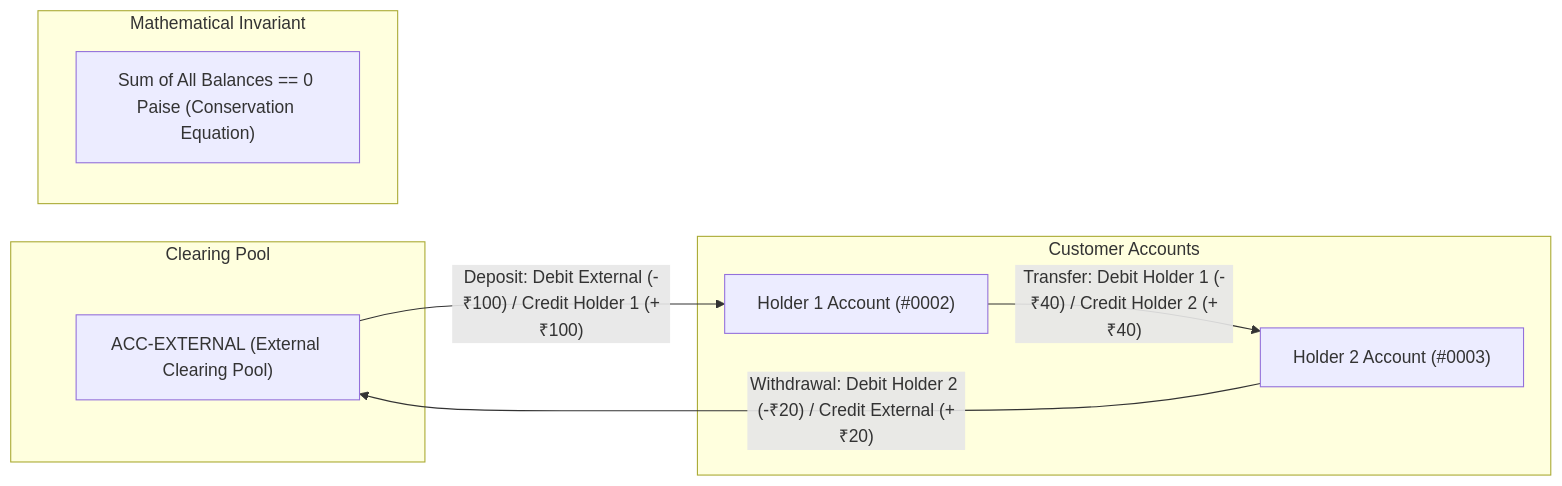
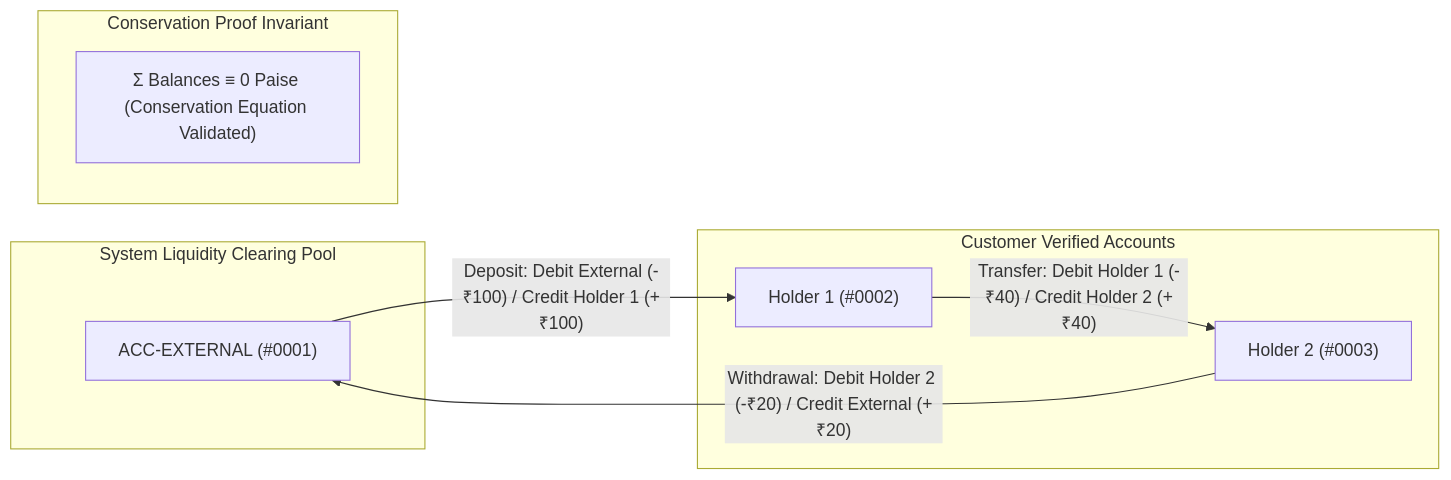
Before and after one commit to rupasribakka/LedgerLine: the third of 6 diagrams in README.md, drawn with Mermaid. The commit also changed other lines of this file, not shown here.

Commit message:
docs: update README with live deployments and visual architecture flows

````diff
--- a/README.md
+++ b/README.md
@@ -143,19 +154,19 @@
 ```mermaid
 flowchart LR
-    subgraph External["Clearing Pool"]
-        ExtPool["ACC-EXTERNAL (External Clearing Pool)"]
+    subgraph SystemPool["System Liquidity Clearing Pool"]
+        External["ACC-EXTERNAL (#0001)"]
     end
 
-    subgraph Customers["Customer Accounts"]
-        Acc1["Holder 1 Account (#0002)"]
-        Acc2["Holder 2 Account (#0003)"]
+    subgraph CustomerAccounts["Customer Verified Accounts"]
+        HolderA["Holder 1 (#0002)"]
+        HolderB["Holder 2 (#0003)"]
     end
 
-    ExtPool -->|"Deposit: Debit External (-₹100) / Credit Holder 1 (+₹100)"| Acc1
-    Acc1 -->|"Transfer: Debit Holder 1 (-₹40) / Credit Holder 2 (+₹40)"| Acc2
-    Acc2 -->|"Withdrawal: Debit Holder 2 (-₹20) / Credit External (+₹20)"| ExtPool
+    External -->|"Deposit: Debit External (-₹100) / Credit Holder 1 (+₹100)"| HolderA
+    HolderA -->|"Transfer: Debit Holder 1 (-₹40) / Credit Holder 2 (+₹40)"| HolderB
+    HolderB -->|"Withdrawal: Debit Holder 2 (-₹20) / Credit External (+₹20)"| External
 
-    subgraph Invariant["Mathematical Invariant"]
-        Equation["Sum of All Balances == 0 Paise (Conservation Equation)"]
+    subgraph ConservationLaw["Conservation Proof Invariant"]
+        ZeroSum["Σ Balances ≡ 0 Paise (Conservation Equation Validated)"]
     end
 ```
````
